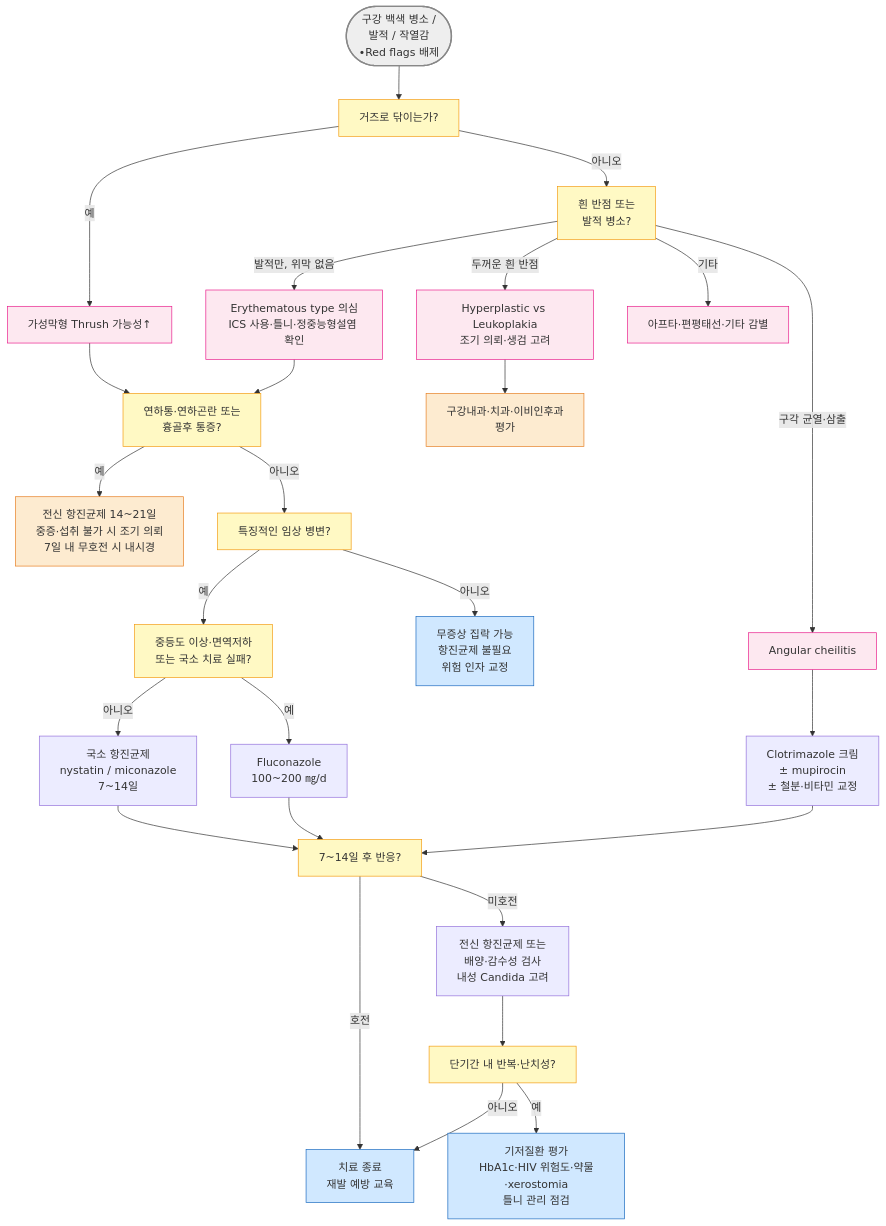
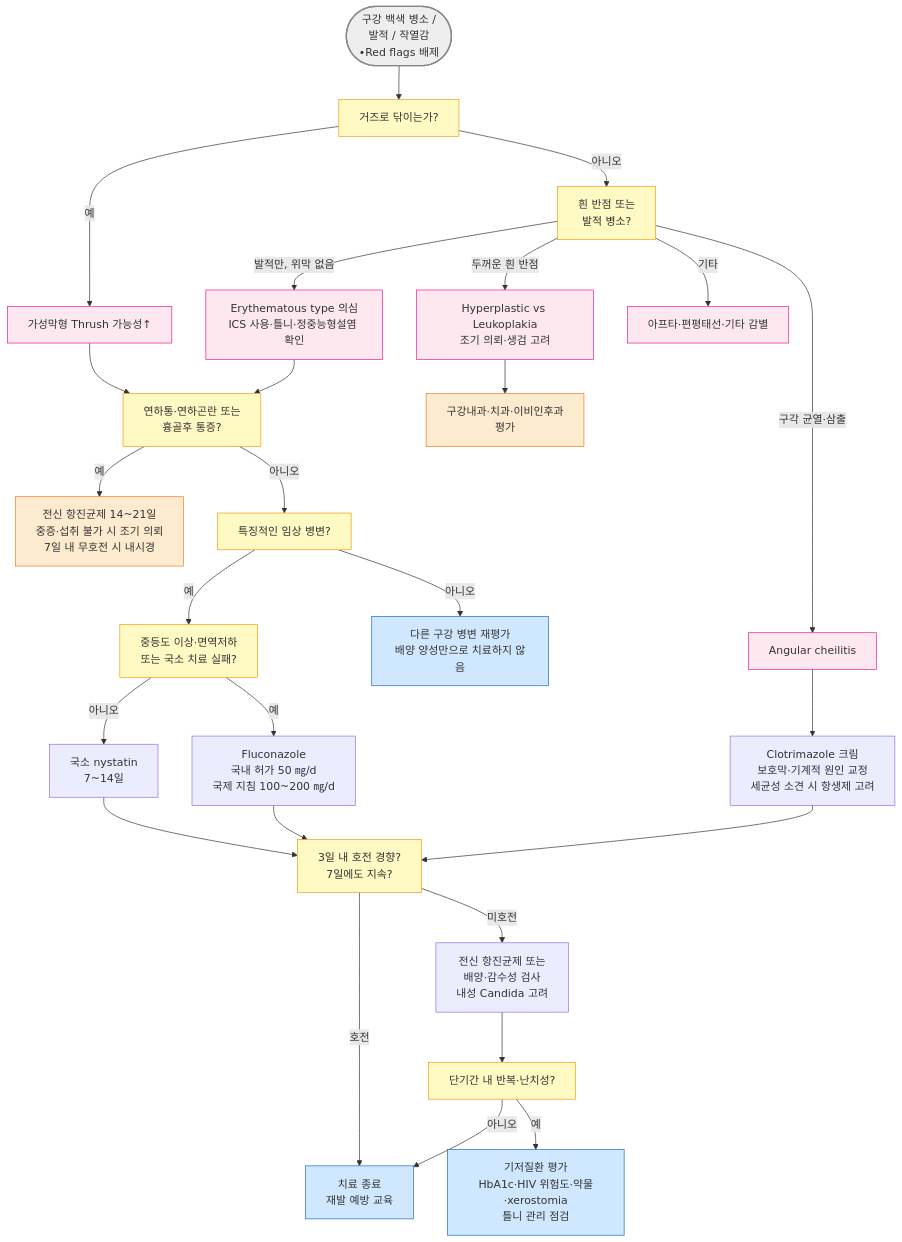
Before and after one commit to familyoh77/familyoh77: the diagram in 222_/055_-oral-candidiasis.md, drawn with Mermaid. The commit also changed other lines of this file, not shown here.

````diff
--- a/222_/055_-oral-candidiasis.md
+++ b/222_/055_-oral-candidiasis.md
@@ -106,38 +106,38 @@
 ```mermaid
 flowchart TD
     A([구강 백색 병소 / <br/>발적 / 작열감<br/>•Red flags 배제]) --> B[거즈로 닦이는가?]
     B -- 예 --> C[가성막형 Thrush 가능성↑]
     B -- 아니오 --> D[흰 반점 또는<br/>발적 병소?]
     D -- 두꺼운 흰 반점 --> E[Hyperplastic vs Leukoplakia<br/>조기 의뢰·생검 고려]
     D -- 발적만, 위막 없음 --> H[Erythematous type 의심<br/>ICS 사용·틀니·정중능형설염 확인]
     D -- 구각 균열·삼출 --> G[Angular cheilitis]
     D -- 기타 --> Z[아프타·편평태선·기타 감별]
     C --> I[연하통·연하곤란 또는<br/>흉골후 통증?]
     H --> I
     I -- 예 --> J[전신 항진균제 14~21일<br/>중증·섭취 불가 시 조기 의뢰<br/>7일 내 무호전 시 내시경]
     I -- 아니오 --> K[특징적인 임상 병변?]
-    K -- 아니오 --> N[무증상 집락 가능<br/>항진균제 불필요<br/>위험 인자 교정]
+    K -- 아니오 --> N[다른 구강 병변 재평가<br/>배양 양성만으로 치료하지 않음]
     K -- 예 --> O[중등도 이상·면역저하<br/>또는 국소 치료 실패?]
-    O -- 아니오 --> P[국소 항진균제<br/>nystatin / miconazole<br/>7~14일]
-    O -- 예 --> Q[Fluconazole<br/>100~200 ㎎/d]
-    P --> R[7~14일 후 반응?]
+    O -- 아니오 --> P[국소 nystatin<br/>7~14일]
+    O -- 예 --> Q[Fluconazole<br/>국내 허가 50 ㎎/d<br/>국제 지침 100~200 ㎎/d]
+    P --> R[3일 내 호전 경향?<br/>7일에도 지속?]
     Q --> R
     R -- 호전 --> S[치료 종료<br/>재발 예방 교육]
     R -- 미호전 --> T[전신 항진균제 또는<br/>배양·감수성 검사<br/>내성 Candida 고려]
     T --> U[단기간 내 반복·난치성?]
     U -- 예 --> V[기저질환 평가<br/>HbA1c·HIV 위험도·약물·xerostomia<br/>틀니 관리 점검]
     U -- 아니오 --> S
-    G --> W[Clotrimazole 크림<br/>± mupirocin<br/>± 철분·비타민 교정]
+    G --> W[Clotrimazole 크림<br/>보호막·기계적 원인 교정<br/>세균성 소견 시 항생제 고려]
     W --> R
     E --> X[구강내과·치과·이비인후과<br/>평가]
 
 style A fill:#eeeeee,stroke:#888888,stroke-width:2px
 classDef orange fill:#fdebd0,stroke:#e67e22
 class J,X orange
 classDef yellow fill:#fff9c4,stroke:#f39c12
 class B,D,I,K,O,R,U yellow
 classDef blue fill:#d0e8ff,stroke:#1a6abf
 class N,S,V blue
 classDef pink fill:#fde8f0,stroke:#e91e8c
 class G,H,Z,C,E pink
 ```
````
